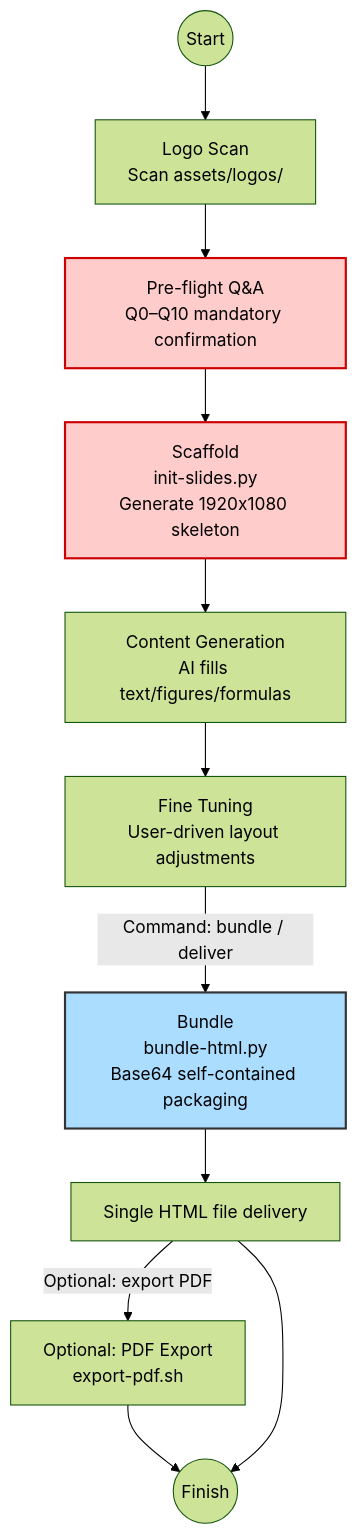
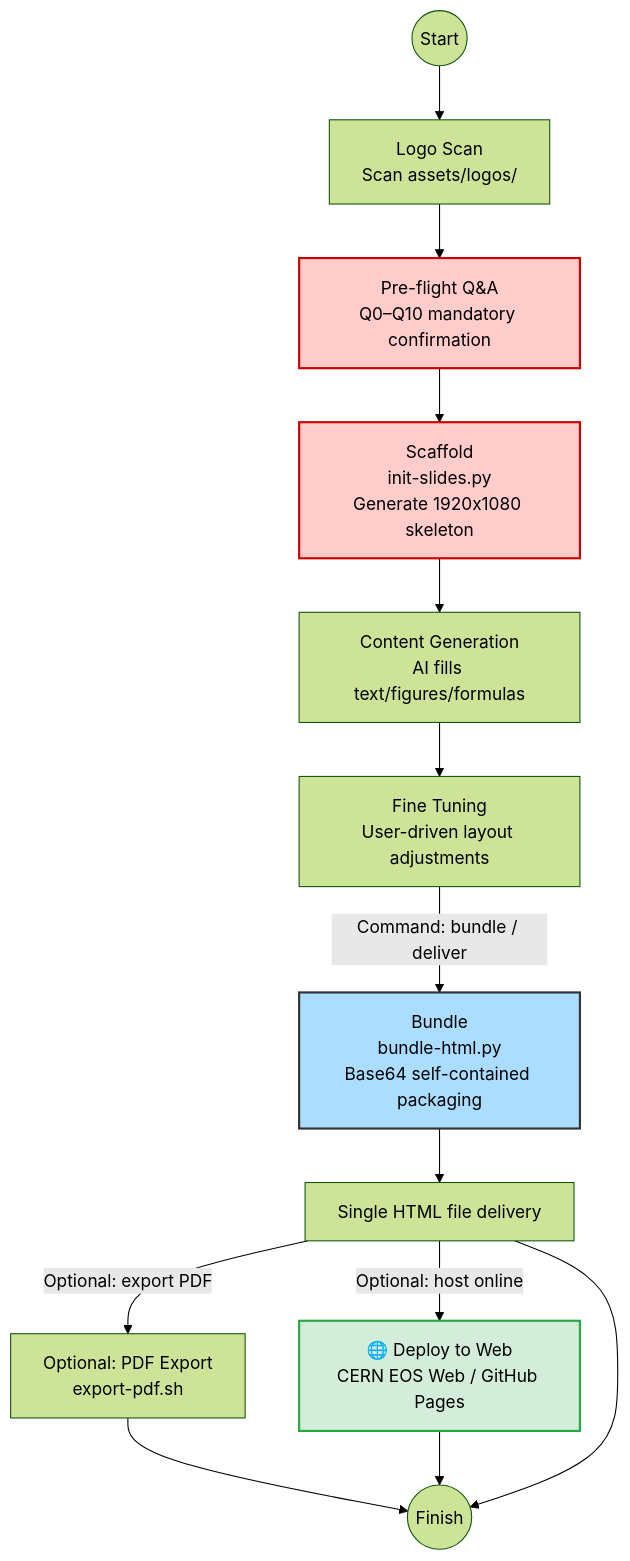
One commit to ky230/frontend-slides-PKU changed the first of 2 diagrams in README_EN.md. Above: the diagram before and after it, drawn with Mermaid (forest theme). The commit also changed other lines of this file and 1 other file, not shown here.

Commit message:
fix: Q1 '标黄'→'highlight' + add Deploy branch to workflow Mermaid
- README.md Q1: '哪些关键词标黄' → '哪些关键词 highlight'
- README_EN.md Q1: 'Keywords to highlight yellow' → 'Keywords to highlight'
- README.md Mermaid: added '🌐 托管到网站 (CERN EOS Web / GitHub Pages)' node
  with green styling, branching from Output
- README_EN.md Mermaid: mirrored '🌐 Deploy to Web' node

````diff
--- a/README_EN.md
+++ b/README_EN.md
@@ -49,22 +49,25 @@
 ```mermaid
 graph TD
     Start((Start))
     LogoScan[Logo Scan<br>Scan assets/logos/]
     QA[Pre-flight Q&A<br>Q0–Q10 mandatory confirmation]
     Scaffold[Scaffold<br>init-slides.py<br>Generate 1920x1080 skeleton]
     Content[Content Generation<br>AI fills text/figures/formulas]
     FineTuning[Fine Tuning<br>User-driven layout adjustments]
     Bundle[Bundle<br>bundle-html.py<br>Base64 self-contained packaging]
     Output[Single HTML file delivery]
     Export[Optional: PDF Export<br>export-pdf.sh]
+    Deploy["🌐 Deploy to Web<br>CERN EOS Web / GitHub Pages"]
     End((Finish))
 
     Start --> LogoScan --> QA --> Scaffold --> Content --> FineTuning
     FineTuning -->|"Command: bundle / deliver"| Bundle --> Output
     Output -->|"Optional: export PDF"| Export --> End
+    Output -->|"Optional: host online"| Deploy --> End
     Output --> End
 
     style QA fill:#ffcccc,stroke:#cc0000,stroke-width:2px
     style Scaffold fill:#ffcccc,stroke:#cc0000,stroke-width:2px
     style Bundle fill:#adf,stroke:#333,stroke-width:2px
+    style Deploy fill:#d4edda,stroke:#28a745,stroke-width:2px
 ```
````
